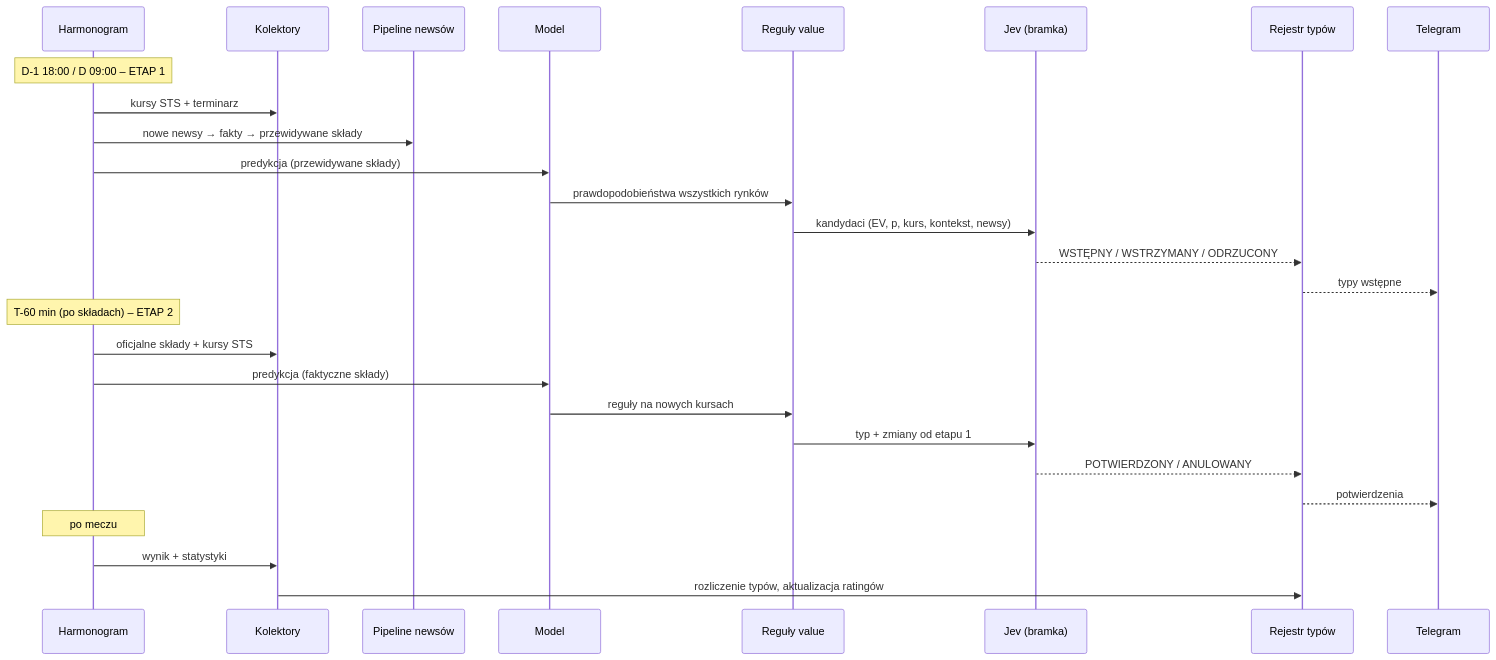
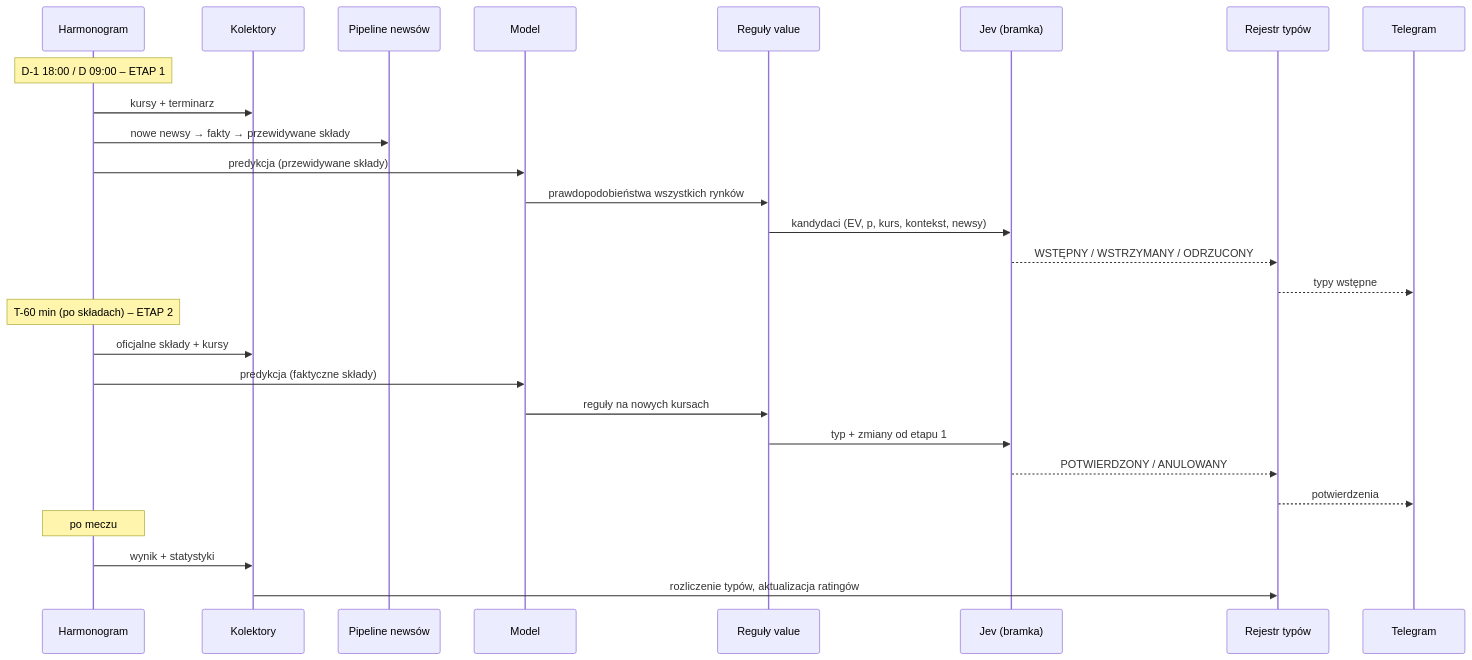
Before and after one commit to Tomek586/typer-ai: the second of 3 diagrams in docs/02-architektura.md, drawn with Mermaid. The commit also changed other lines of this file and 9 other files, not shown here.

````diff
--- a/docs/02-architektura.md
+++ b/docs/02-architektura.md
@@ -71,32 +70,32 @@
 ```mermaid
 sequenceDiagram
     participant SCH as Harmonogram
     participant COL as Kolektory
     participant NEWS as Pipeline newsów
     participant M as Model
     participant R as Reguły value
     participant J as Jev (bramka)
     participant DB as Rejestr typów
     participant TG as Telegram
 
     Note over SCH: D-1 18:00 / D 09:00 – ETAP 1
-    SCH->>COL: kursy STS + terminarz
+    SCH->>COL: kursy + terminarz
     SCH->>NEWS: nowe newsy → fakty → przewidywane składy
     SCH->>M: predykcja (przewidywane składy)
     M->>R: prawdopodobieństwa wszystkich rynków
     R->>J: kandydaci (EV, p, kurs, kontekst, newsy)
     J-->>DB: WSTĘPNY / WSTRZYMANY / ODRZUCONY
     DB-->>TG: typy wstępne
 
     Note over SCH: T-60 min (po składach) – ETAP 2
-    SCH->>COL: oficjalne składy + kursy STS
+    SCH->>COL: oficjalne składy + kursy
     SCH->>M: predykcja (faktyczne składy)
     M->>R: reguły na nowych kursach
     R->>J: typ + zmiany od etapu 1
     J-->>DB: POTWIERDZONY / ANULOWANY
     DB-->>TG: potwierdzenia
 
     Note over SCH: po meczu
     SCH->>COL: wynik + statystyki
     COL->>DB: rozliczenie typów, aktualizacja ratingów
 ```
````
